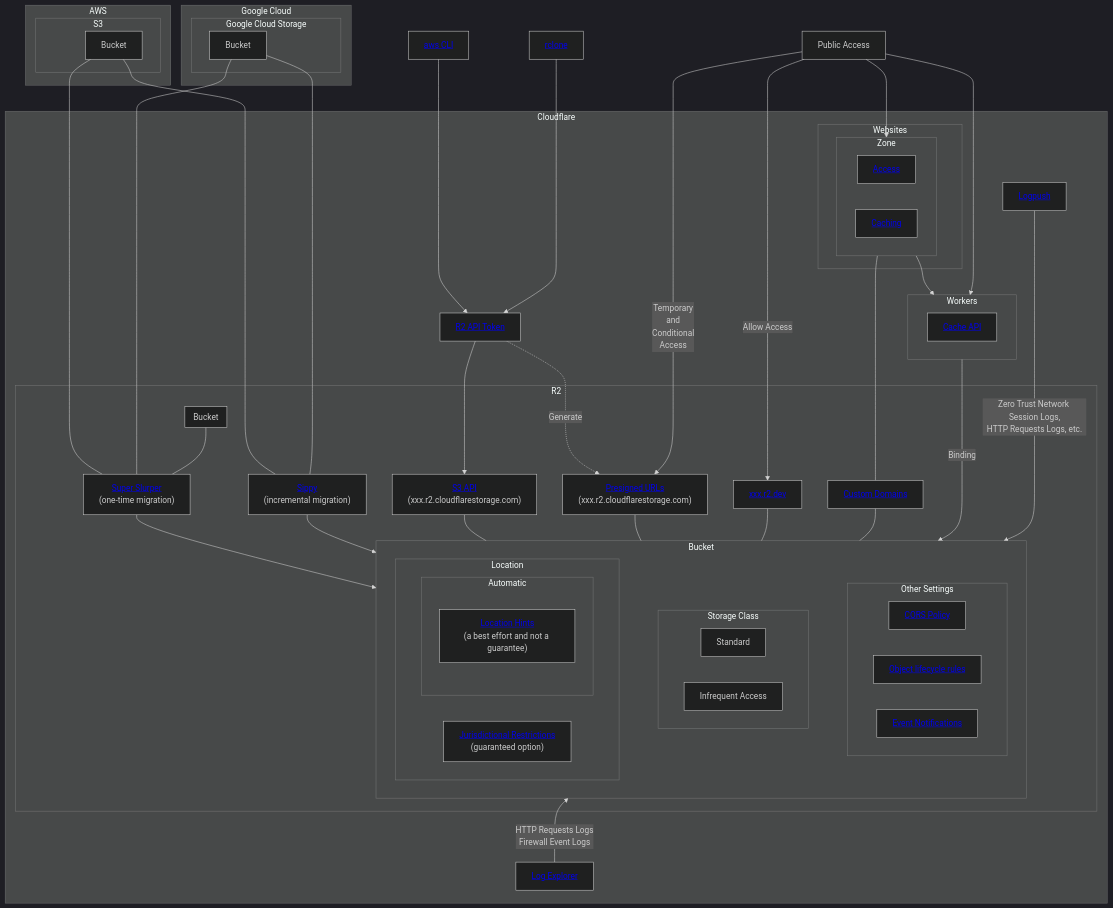
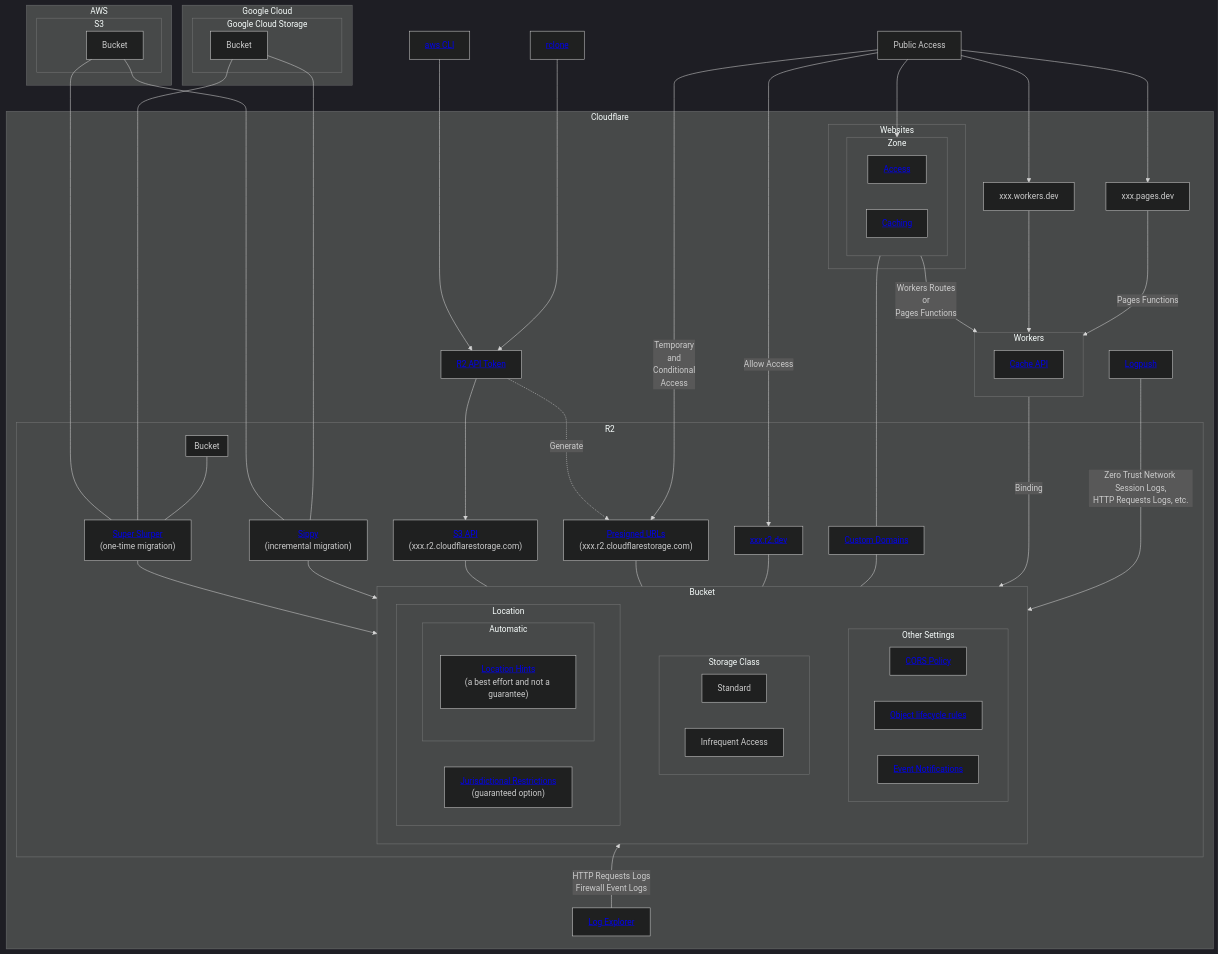
The diagram in r2-feature-and-integration.md (kyouheicf/cloudflare-mermaid-diagrams), drawn with Mermaid (dark theme) before and after one commit.

````diff
--- a/r2-feature-and-integration.md
+++ b/r2-feature-and-integration.md
@@ -12,6 +12,8 @@
 Caching[<a href='https://developers.cloudflare.com/r2/buckets/public-buckets/#caching'>Caching</a>]
 end
 end
+WDEV[xxx.workers.dev]
+PDEV[xxx.pages.dev]
 Logpush[<a href='https://developers.cloudflare.com/logs/get-started/enable-destinations/r2/'>Logpush</a>]
 LE[<a href='https://developers.cloudflare.com/logs/log-explorer/'>Log Explorer</a>]
 Token[<a href='https://developers.cloudflare.com/r2/api/s3/tokens/'>R2 API Token</a>]
@@ -74,8 +76,9 @@
 
 Public --> |Allow Access|R2DEV --- R2Bucket
 Public[Public Access] --> Domain ----- Custom --- R2Bucket
-Domain --> Workers
-Public --> Workers ----> |Binding|R2Bucket
+Domain --> |Workers Routes<br>or<br>Pages Functions|Workers
+Public --> WDEV --> Workers ----> |Binding|R2Bucket
+Public --> PDEV --> |Pages Functions|Workers
+Logpush ----> |Zero Trust Network Session Logs,<br>HTTP Requests Logs, etc.|R2Bucket
 
-Logpush -----> |Zero Trust Network Session Logs,<br>HTTP Requests Logs, etc.|R2Bucket
 ```
````
